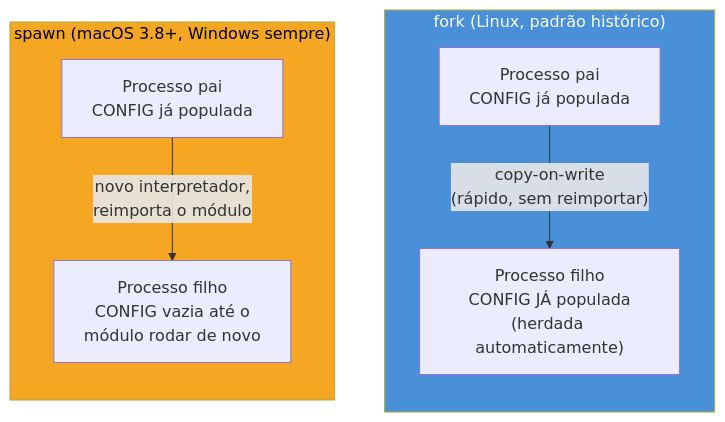
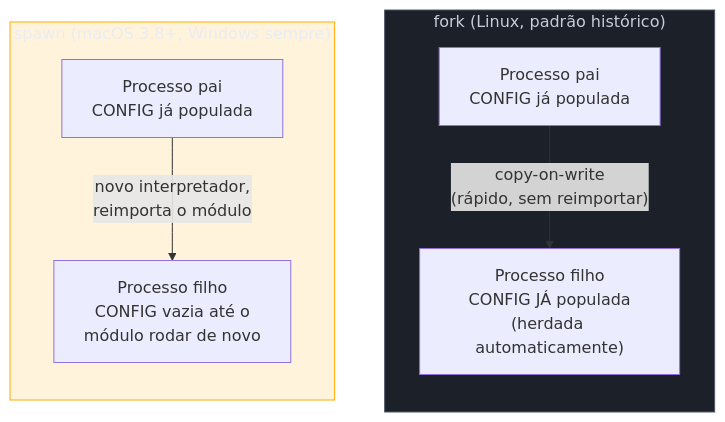
Before and after one commit to josenaldo/codex-technomanticus: the fourth of 5 diagrams in 03-Dominios/Tecnologia/Python/Concorrência e paralelismo/04 - multiprocessing na prática — Pool, ProcessPoolExecutor e orquestração.md, drawn with Mermaid. The commit also changed other lines of this file and 1181 other files, not shown here.

First line of the commit message:
fix(diagramas): paleta do sistema no lugar de cor cravada no markdown

````diff
--- a/03-Dominios/Tecnologia/Python/Concorrência e paralelismo/04 - multiprocessing na prática — Pool, ProcessPoolExecutor e orquestração.md
+++ b/03-Dominios/Tecnologia/Python/Concorrência e paralelismo/04 - multiprocessing na prática — Pool, ProcessPoolExecutor e orquestração.md
@@ -375,15 +379,17 @@
 ```mermaid
 flowchart TD
+    classDef neutro fill:#1B2029,stroke:#4E5666,color:#C6CCD8
+    classDef destaque fill:#FFAA0024,stroke:#FFAA00,color:#E9ECF2
     subgraph ForkFlow["fork (Linux, padrão histórico)"]
         direction TB
         F1["Processo pai\nCONFIG já populada"] -->|"copy-on-write\n(rápido, sem reimportar)"| F2["Processo filho\nCONFIG JÁ populada\n(herdada automaticamente)"]
     end
 
     subgraph SpawnFlow["spawn (macOS 3.8+, Windows sempre)"]
         direction TB
         S1["Processo pai\nCONFIG já populada"] -->|"novo interpretador,\nreimporta o módulo"| S2["Processo filho\nCONFIG vazia até o\nmódulo rodar de novo"]
     end
 
-    style ForkFlow fill:#4A90D9,color:#fff
-    style SpawnFlow fill:#F5A623,color:#000
+    class ForkFlow neutro
+    class SpawnFlow destaque
 ```
````
